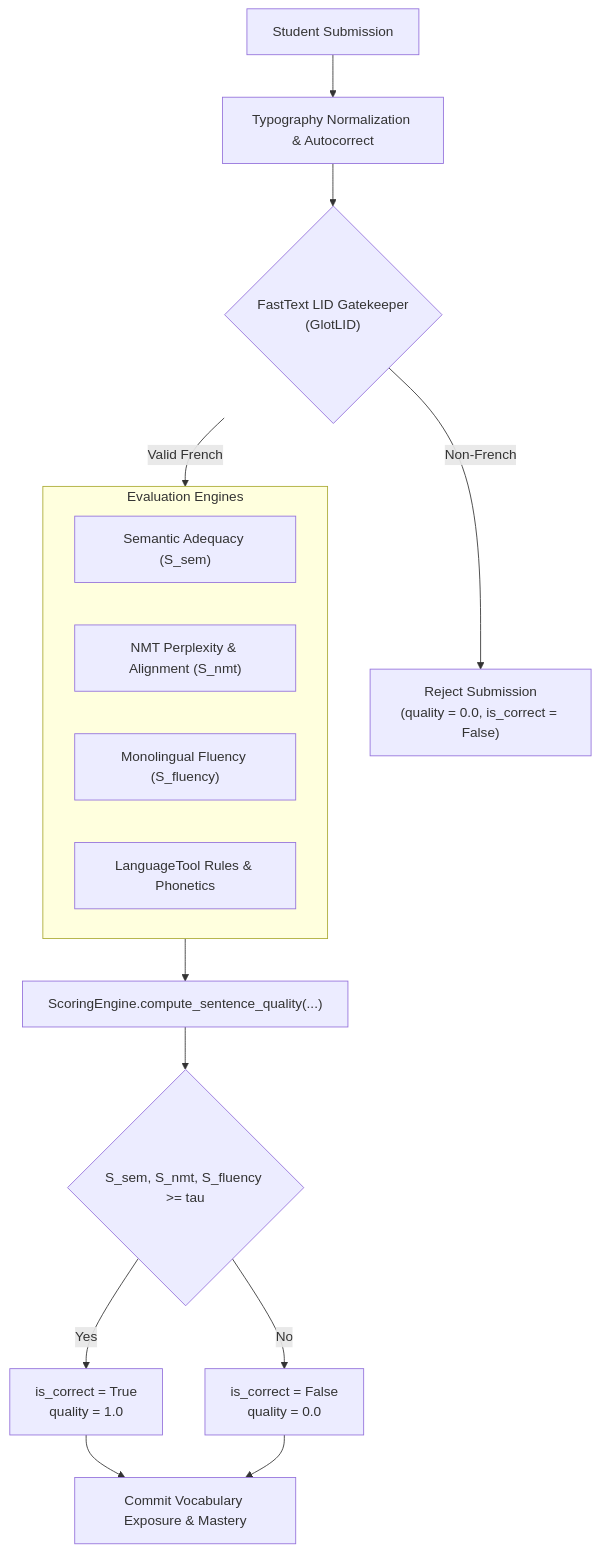
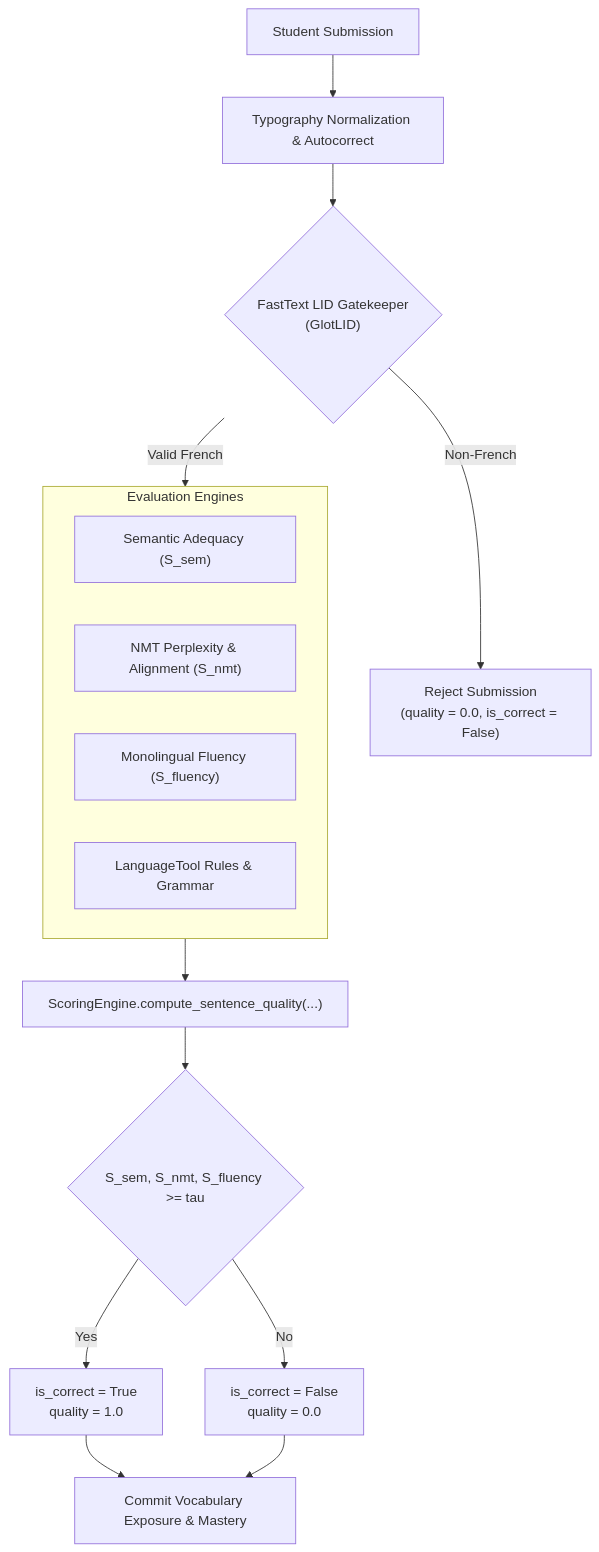
One commit to eyengabompongo8/deep-tutor changed the first of 2 diagrams in docs/03_nlp_and_scoring_pipeline.md. Above: the diagram before and after it, drawn with Mermaid. The commit also changed other lines of this file and 6 other files, not shown here.

````diff
--- a/docs/03_nlp_and_scoring_pipeline.md
+++ b/docs/03_nlp_and_scoring_pipeline.md
@@ -19,21 +19,21 @@
 ```mermaid
 flowchart TD
     Input["Student Submission"] --> Norm["Typography Normalization & Autocorrect"]
     Norm --> LID{"FastText LID Gatekeeper<br/>(GlotLID)"}
 
     LID -- Non-French --> Reject["Reject Submission<br/>(quality = 0.0, is_correct = False)"]
 
     LID -- Valid French --> Eval["Multi-Metric Neural & Linguistic Evaluation"]
     subgraph Eval ["Evaluation Engines"]
         S_sem["Semantic Adequacy (S_sem)"]
         S_nmt["NMT Perplexity & Alignment (S_nmt)"]
         S_fl["Monolingual Fluency (S_fluency)"]
-        S_rules["LanguageTool Rules & Phonetics"]
+        S_rules["LanguageTool Rules & Grammar"]
     end
 
     Eval --> Agg["ScoringEngine.compute_sentence_quality(...)"]
     Agg --> Result{"S_sem, S_nmt, S_fluency >= tau"}
     Result -- Yes --> Pass["is_correct = True<br/>quality = 1.0"]
     Result -- No --> Fail["is_correct = False<br/>quality = 0.0"]
     Pass & Fail --> Commit["Commit Vocabulary Exposure & Mastery"]
 ```
````
